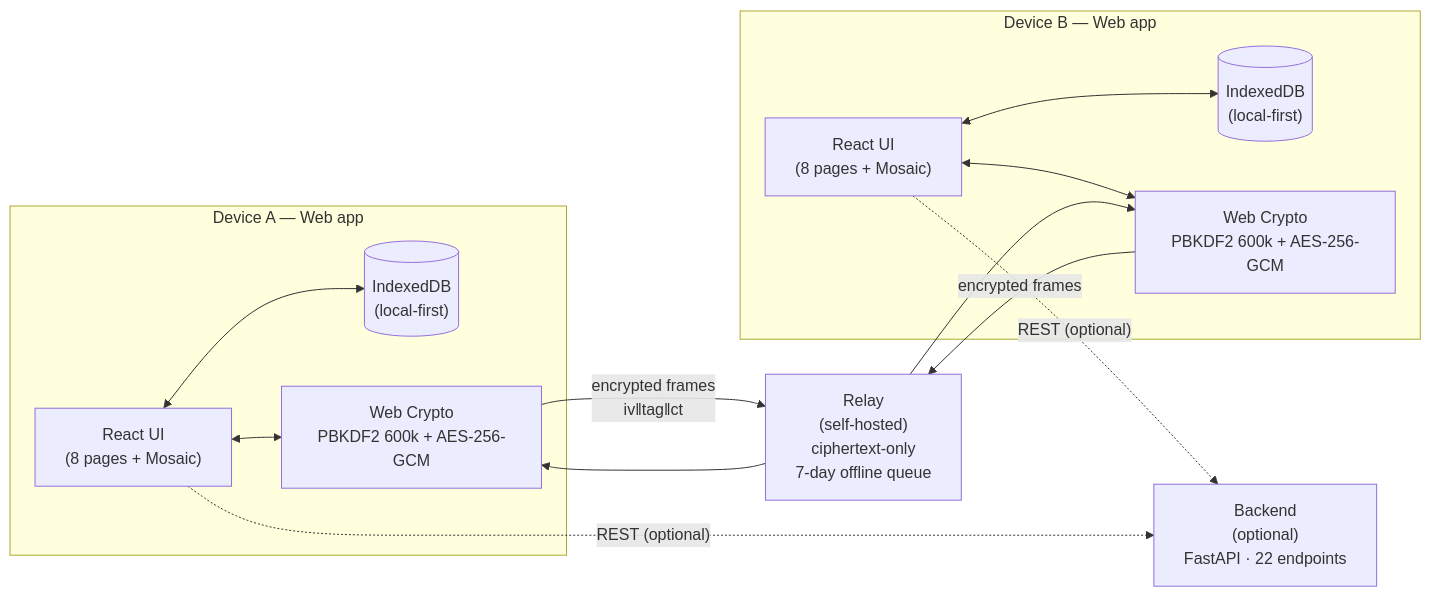
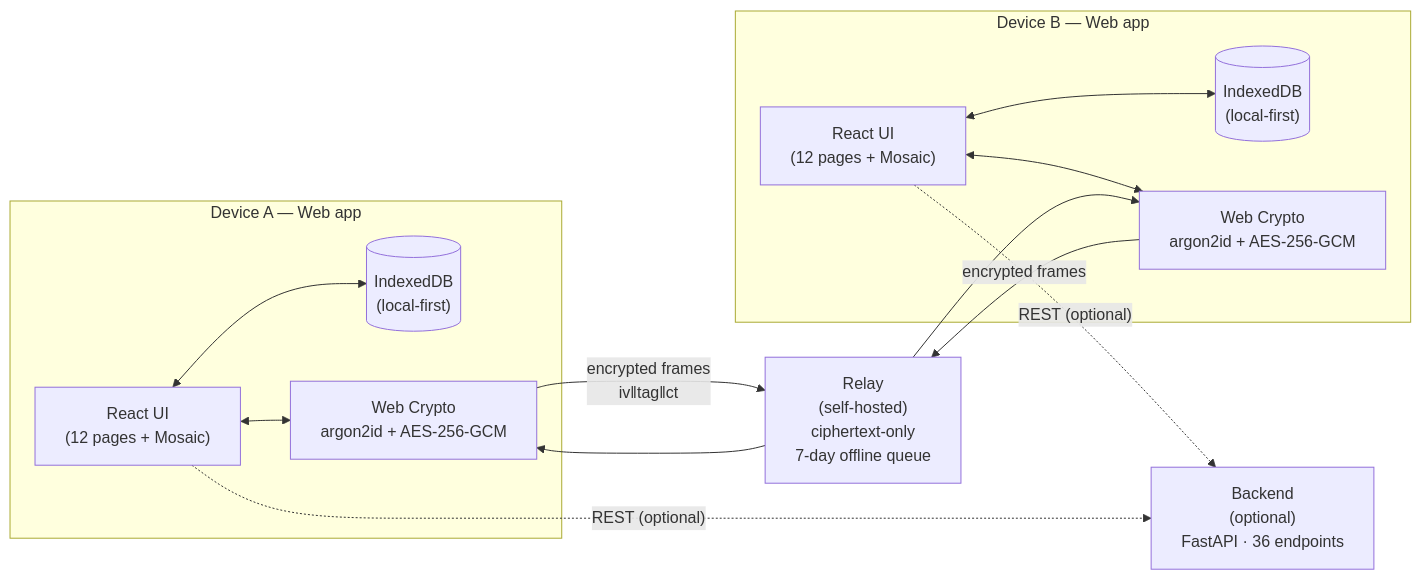
Before and after one commit to weed33834/goto: the diagram in README.md, drawn with Mermaid. The commit also changed other lines of this file and 182 other files, not shown here.

First line of the commit message:
feat: Skill 管理页 + 前后端 schema 对齐 + 代码清理与算法优化

````diff
--- a/README.md
+++ b/README.md
@@ -81,29 +80,29 @@
 ```mermaid
 flowchart LR
   subgraph DeviceA["Device A — Web app"]
-    A_UI["React UI<br/>(8 pages + Mosaic)"]
+    A_UI["React UI<br/>(12 pages + Mosaic)"]
     A_IDB[("IndexedDB<br/>(local-first)")]
-    A_ENC["Web Crypto<br/>PBKDF2 600k + AES-256-GCM"]
+    A_ENC["Web Crypto<br/>argon2id + AES-256-GCM"]
     A_UI <--> A_IDB
     A_UI <--> A_ENC
   end
 
   subgraph DeviceB["Device B — Web app"]
-    B_UI["React UI<br/>(8 pages + Mosaic)"]
+    B_UI["React UI<br/>(12 pages + Mosaic)"]
     B_IDB[("IndexedDB<br/>(local-first)")]
-    B_ENC["Web Crypto<br/>PBKDF2 600k + AES-256-GCM"]
+    B_ENC["Web Crypto<br/>argon2id + AES-256-GCM"]
     B_UI <--> B_IDB
     B_UI <--> B_ENC
   end
 
   Relay["Relay<br/>(self-hosted)<br/>ciphertext-only<br/>7-day offline queue"]
-  Backend["Backend<br/>(optional)<br/>FastAPI · 22 endpoints"]
+  Backend["Backend<br/>(optional)<br/>FastAPI · 36 endpoints"]
 
   A_ENC -- "encrypted frames<br/>iv‖tag‖ct" --> Relay
   Relay --> B_ENC
   B_ENC -- "encrypted frames" --> Relay
   Relay --> A_ENC
 
   A_UI -. "REST (optional)" .-> Backend
   B_UI -. "REST (optional)" .-> Backend
 ```
````
